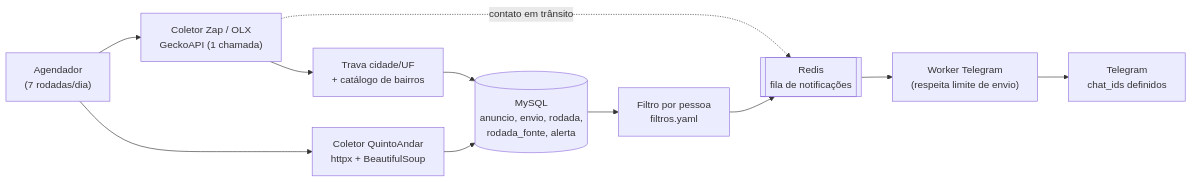
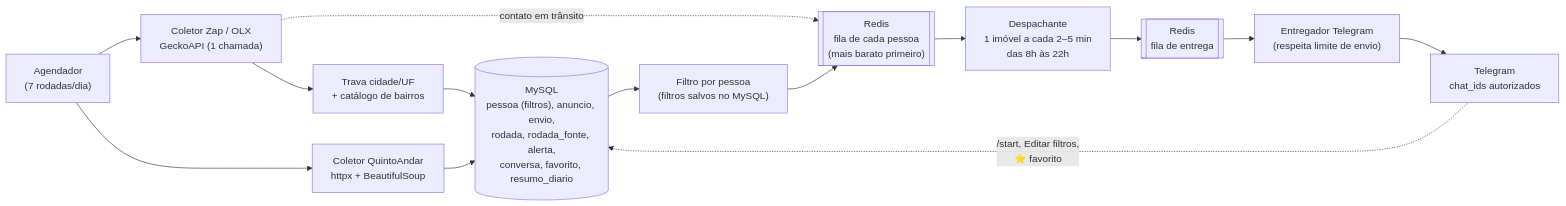
Before and after one commit to heitoroliveiro-dev/ape-bot: the diagram in docs/arquitetura.md, drawn with Mermaid. The commit also changed other lines of this file and 6 other files, not shown here.

Commit message:
docs(003): ajuda, arquitetura, README e exemplo de filtros.yaml

````diff
--- a/docs/arquitetura.md
+++ b/docs/arquitetura.md
@@ -47,13 +47,16 @@
 ```mermaid
 flowchart LR
     agenda["Agendador<br/>(7 rodadas/dia)"] --> qa["Coletor QuintoAndar<br/>httpx + BeautifulSoup"]
     agenda --> zap["Coletor Zap / OLX<br/>GeckoAPI (1 chamada)"]
     zap --> trava["Trava cidade/UF<br/>+ catálogo de bairros"]
     trava --> db
-    zap -. "contato em trânsito" .-> fila
-    qa --> db[("MySQL<br/>anuncio, envio, rodada,<br/>rodada_fonte, alerta")]
-    db --> filtro["Filtro por pessoa<br/>filtros.yaml"]
-    filtro --> fila[["Redis<br/>fila de notificações"]]
-    fila --> worker["Worker Telegram<br/>(respeita limite de envio)"]
-    worker --> tg["Telegram<br/>chat_ids definidos"]
+    zap -. "contato em trânsito" .-> filap
+    qa --> db[("MySQL<br/>pessoa (filtros), anuncio, envio,<br/>rodada, rodada_fonte, alerta,<br/>conversa, favorito, resumo_diario")]
+    db --> filtro["Filtro por pessoa<br/>(filtros salvos no MySQL)"]
+    filtro --> filap[["Redis<br/>fila de cada pessoa<br/>(mais barato primeiro)"]]
+    filap --> desp["Despachante<br/>1 imóvel a cada 2–5 min<br/>das 8h às 22h"]
+    desp --> fila[["Redis<br/>fila de entrega"]]
+    fila --> worker["Entregador Telegram<br/>(respeita limite de envio)"]
+    worker --> tg["Telegram<br/>chat_ids autorizados"]
+    tg -. "/start, Editar filtros,<br/>⭐ favorito" .-> db
 ```
````
